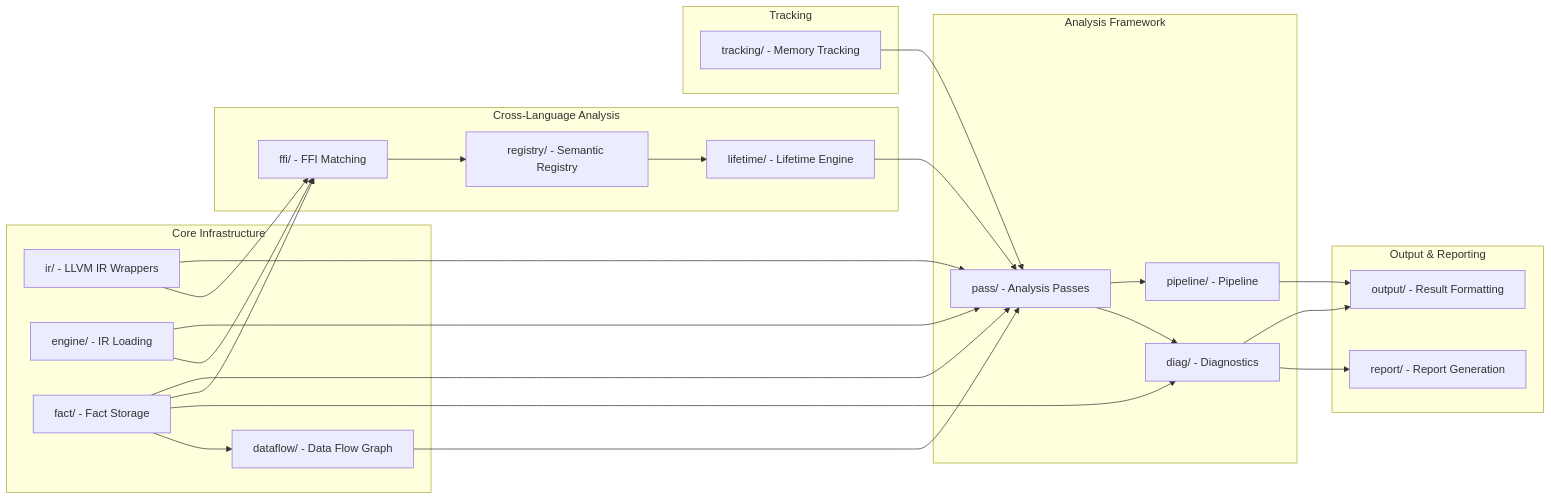
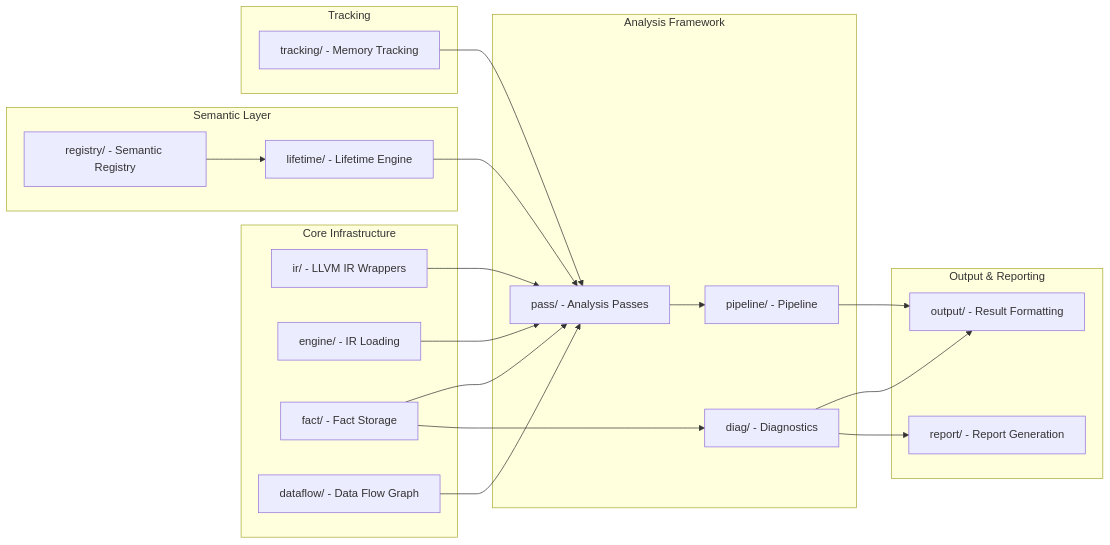
Before and after one commit to Timwood0x10/OmniScope: the second of 4 diagrams in docs/architecture.md, drawn with Mermaid. The commit also changed other lines of this file and 6 other files, not shown here.

````diff
--- a/docs/architecture.md
+++ b/docs/architecture.md
@@ -69,56 +74,42 @@
 ```mermaid
 graph LR
-    subgraph Core[Core Infrastructure]
-        IR[ir/ - LLVM IR Wrappers]
-        Engine[engine/ - IR Loading]
-        Fact[fact/ - Fact Storage]
-        DataFlow[dataflow/ - Data Flow Graph]
+    subgraph Core["Core Infrastructure"]
+        IR["ir/ - LLVM IR Wrappers"]
+        ENG["engine/ - IR Loading"]
+        FCT["fact/ - Fact Storage"]
+        DF["dataflow/ - Data Flow Graph"]
     end
-    
-    subgraph Analysis[Analysis Framework]
-        Pass[pass/ - Analysis Passes]
-        Pipeline[pipeline/ - Pipeline]
-        Diag[diag/ - Diagnostics]
+
+    subgraph Analysis["Analysis Framework"]
+        PAS["pass/ - Analysis Passes"]
+        PIP["pipeline/ - Pipeline"]
+        DIG["diag/ - Diagnostics"]
     end
-    
-    subgraph FFIAnalysis[Cross-Language Analysis]
-        FFIMod[ffi/ - FFI Matching]
-        Registry[registry/ - Semantic Registry]
-        Lifetime[lifetime/ - Lifetime Engine]
+
+    subgraph Semantic["Semantic Layer"]
+        REG["registry/ - Semantic Registry"]
+        LFT["lifetime/ - Lifetime Engine"]
     end
-    
-    subgraph OutputMod[Output & Reporting]
-        Output[output/ - Result Formatting]
-        Report[report/ - Report Generation]
+
+    subgraph Output["Output & Reporting"]
+        OUT["output/ - Result Formatting"]
+        REP["report/ - Report Generation"]
     end
-    
-    subgraph TrackMod[Tracking]
-        Tracking[tracking/ - Memory Tracking]
+
+    subgraph Track["Tracking"]
+        TRK["tracking/ - Memory Tracking"]
     end
-    
-    IR --> Pass
-    IR --> FFIMod
-    Engine --> Pass
-    Engine --> FFIMod
-    
-    Fact --> Pass
-    Fact --> FFIMod
-    Fact --> Diag
-    Fact --> DataFlow
-    
-    DataFlow --> Pass
-    
-    Pass --> Pipeline
-    Pass --> Diag
-    
-    FFIMod --> Registry
-    Registry --> Lifetime
-    
-    Lifetime --> Pass
-    
-    Pipeline --> Output
-    Diag --> Output
-    Diag --> Report
-    
-    Tracking --> Pass
+
+    IR --> PAS
+    ENG --> PAS
+    FCT --> PAS
+    FCT --> DIG
+    PAS --> PIP
+    DIG --> OUT
+    DIG --> REP
+    PIP --> OUT
+    REG --> LFT
+    LFT --> PAS
+    DF --> PAS
+    TRK --> PAS
 ```
````
